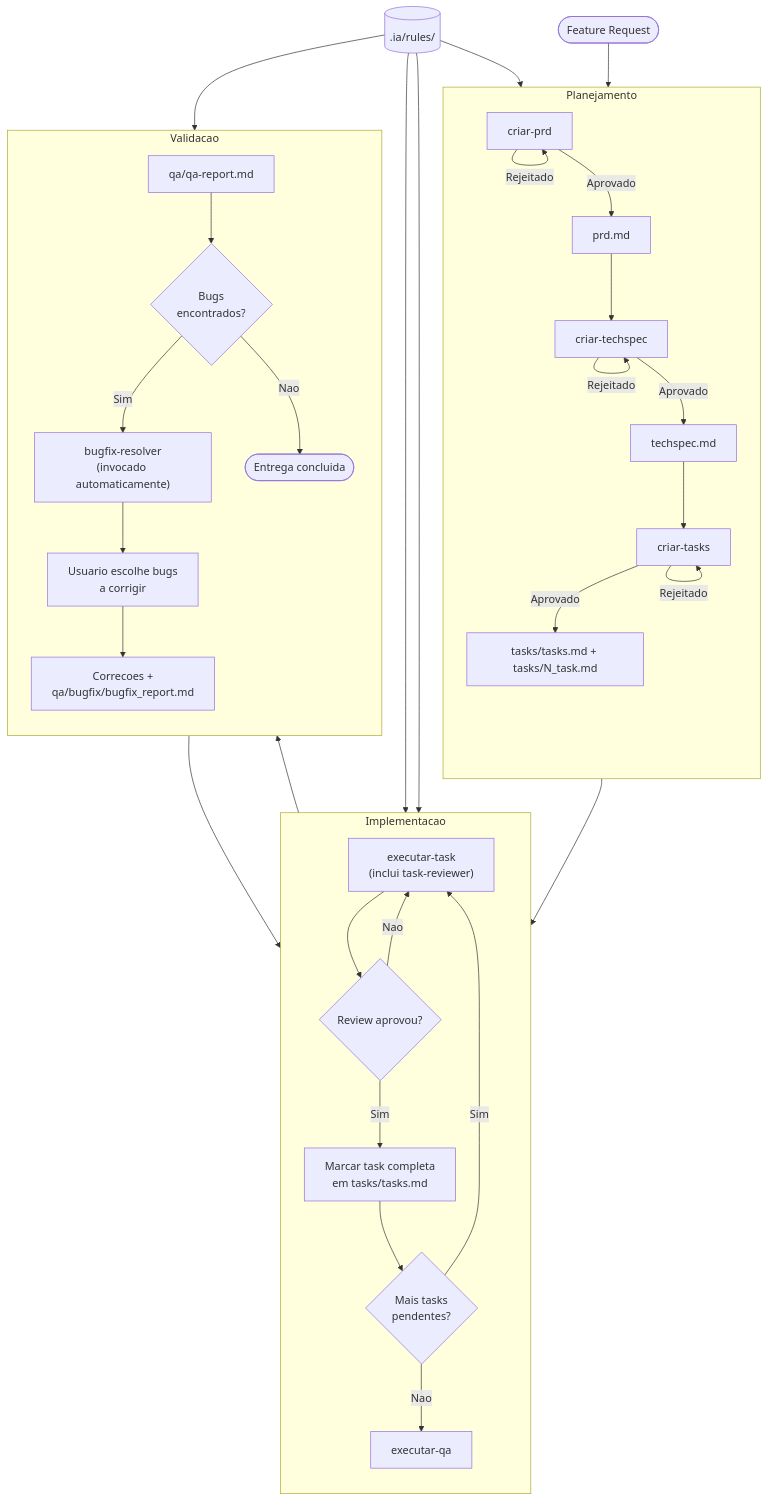
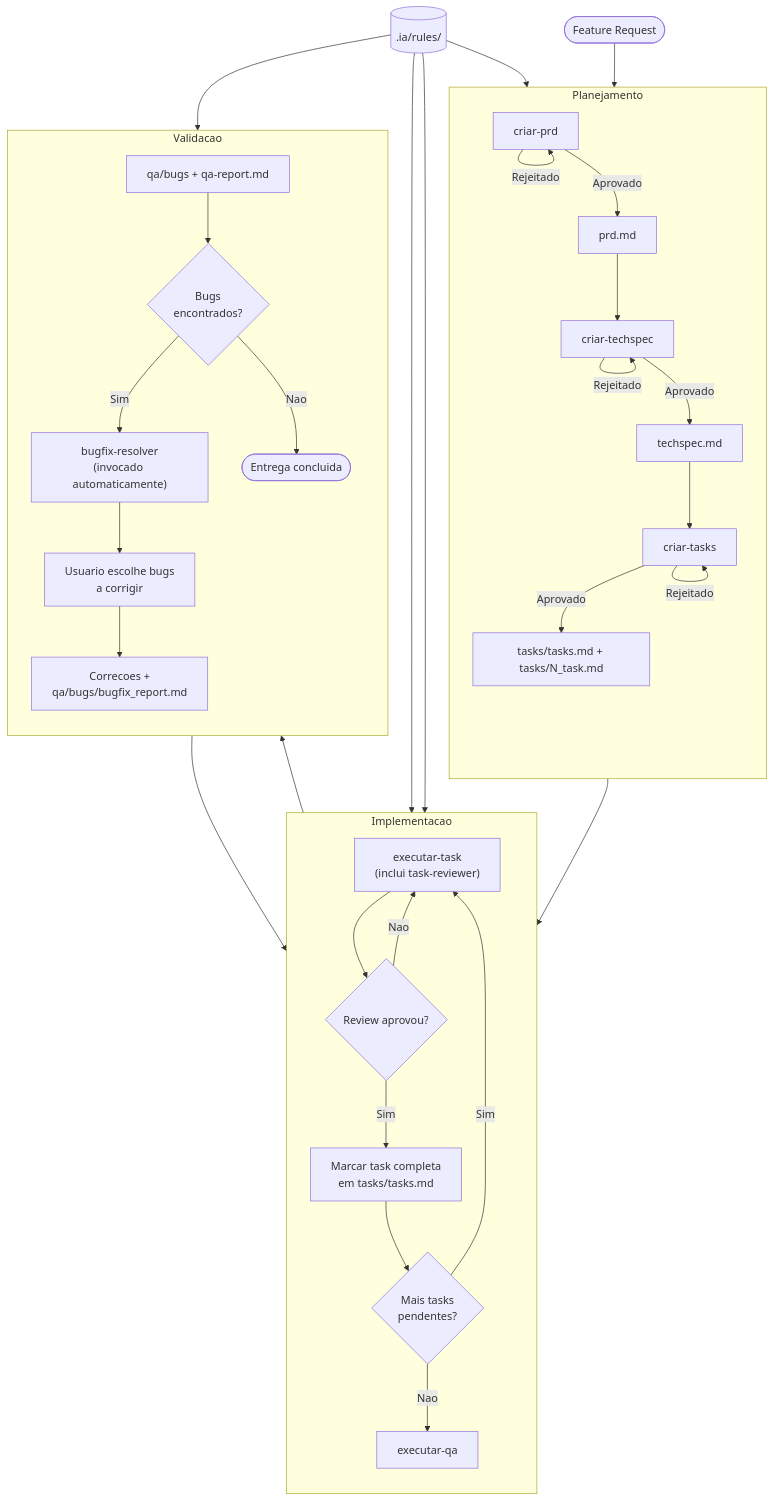
One commit to franlauriano/task-manager changed the first of 2 diagrams in .ia/fluxo-desenvolvimento-ia.md. Above: the diagram before and after it, drawn with Mermaid. The commit also changed other lines of this file and 4 other files, not shown here.

First line of the commit message:
refactor(.ia): unify bugfix workflow into qa/bugs/

````diff
--- a/.ia/fluxo-desenvolvimento-ia.md
+++ b/.ia/fluxo-desenvolvimento-ia.md
@@ -9,43 +9,43 @@
 ```mermaid
 flowchart TB
     start([Feature Request]) --> A
     rules[(".ia/rules/")] --> B
     rules --> D
     rules --> H
     rules --> J
 
     subgraph planejamento["Planejamento"]
         direction TB
         A[criar-prd] -->|Aprovado| A1[prd.md]
         A -->|Rejeitado| A
         A1 --> B[criar-techspec]
         B -->|Aprovado| B1[techspec.md]
         B -->|Rejeitado| B
         B1 --> C[criar-tasks]
         C -->|Aprovado| C1[tasks/tasks.md + tasks/N_task.md]
         C -->|Rejeitado| C
     end
 
     subgraph implementacao["Implementacao"]
         direction TB
         D["executar-task<br/>(inclui task-reviewer)"] --> E{Review aprovou?}
         E -->|Nao| D
         E -->|Sim| F[Marcar task completa<br/>em tasks/tasks.md]
         F --> G{Mais tasks<br/>pendentes?}
         G -->|Sim| D
         G -->|Nao| H[executar-qa]
     end
 
     subgraph validacao["Validacao"]
         direction TB
-        H --> H1[qa/qa-report.md]
+        H --> H1["qa/bugs + qa-report.md"]
         H1 --> I{Bugs<br/>encontrados?}
         I -->|Sim| J["bugfix-resolver<br/>(invocado automaticamente)"]
         J --> K[Usuario escolhe bugs<br/>a corrigir]
-        K --> L[Correcoes +<br/>qa/bugfix/bugfix_report.md]
+        K --> L[Correcoes +<br/>qa/bugs/bugfix_report.md]
         L --> H
         I -->|Nao| M([Entrega concluida])
     end
 
     C1 --> D
 ```
````
